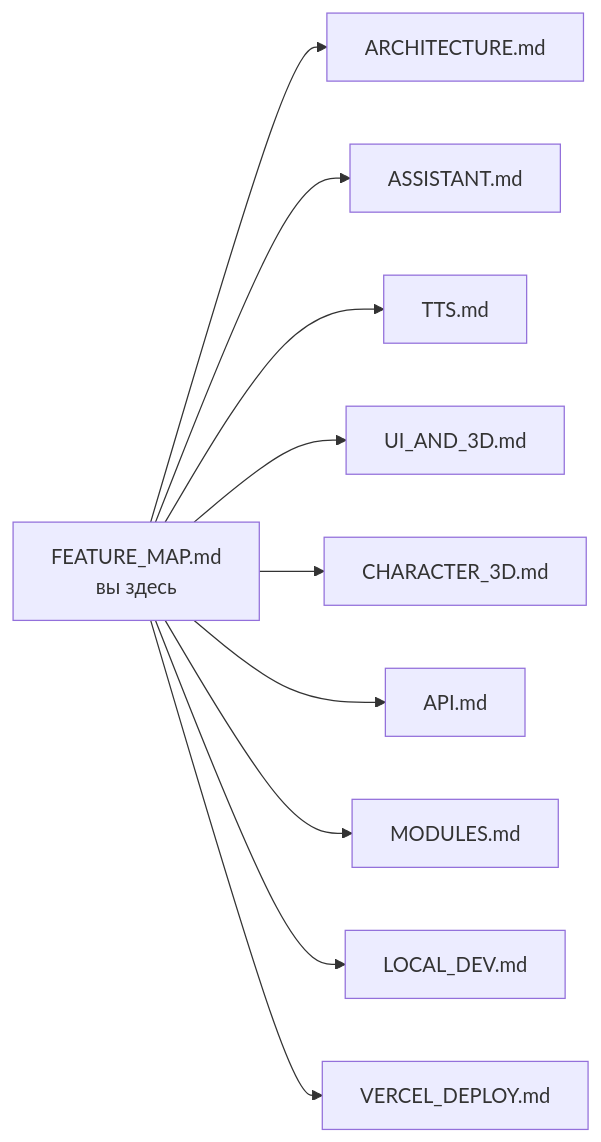
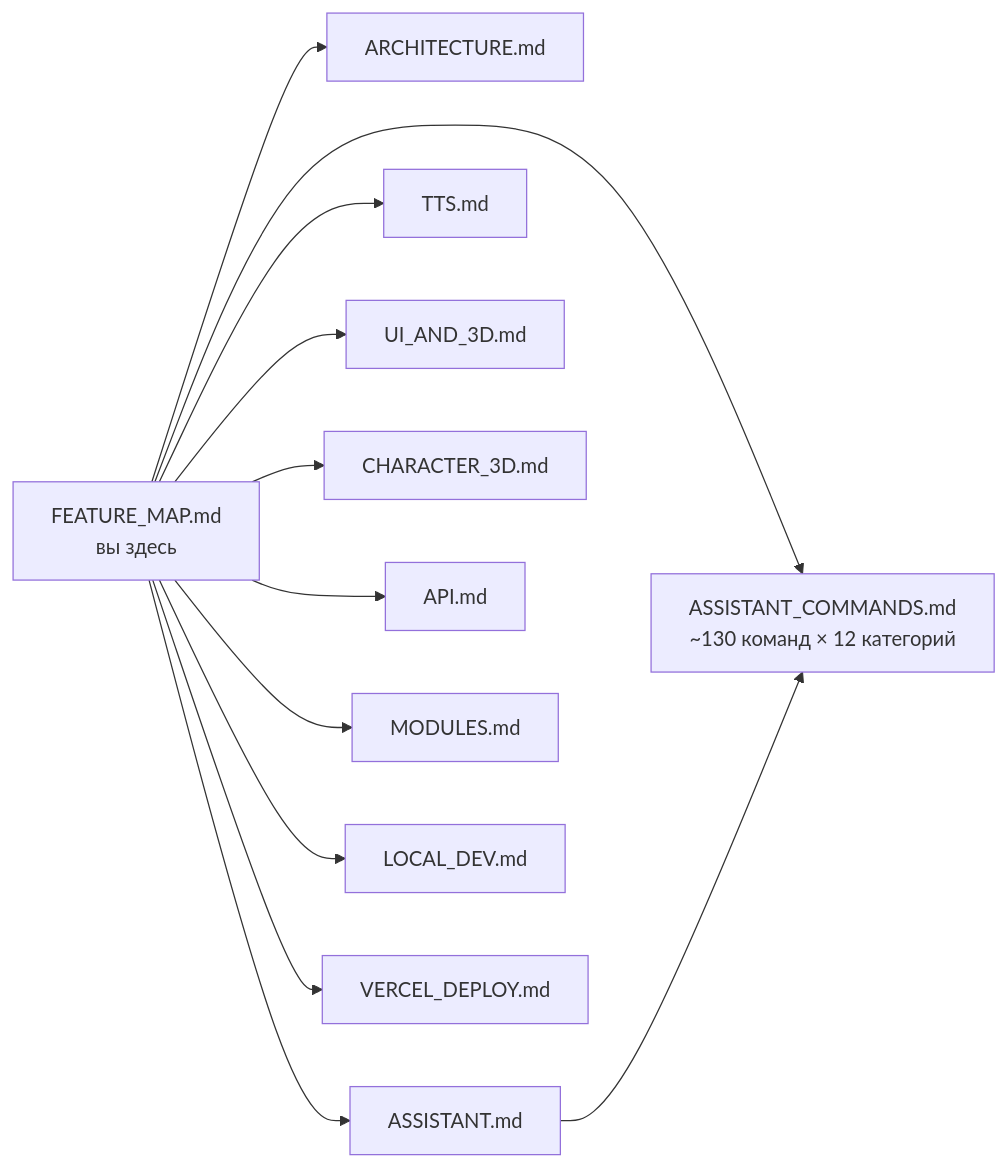
Before and after one commit to grrraaaa/mvp: diagram 12 of 13 in docs/FEATURE_MAP.md, drawn with Mermaid. The commit also changed other lines of this file and 14 other files, not shown here.

Commit message:
feat(assistant): add AI commands catalog with 12 categories and amount-range filters

````diff
--- a/docs/FEATURE_MAP.md
+++ b/docs/FEATURE_MAP.md
@@ -430,13 +432,15 @@
 ```mermaid
 flowchart LR
     FM[FEATURE_MAP.md<br/>вы здесь]
     FM --> ARCH[ARCHITECTURE.md]
     FM --> ASST[ASSISTANT.md]
+    FM --> ASST_C[ASSISTANT_COMMANDS.md<br/>~130 команд × 12 категорий]
     FM --> TTS_D[TTS.md]
     FM --> UI3D[UI_AND_3D.md]
     FM --> CHAR[CHARACTER_3D.md]
     FM --> API_D[API.md]
     FM --> MOD[MODULES.md]
     FM --> DEV[LOCAL_DEV.md]
     FM --> DEP[VERCEL_DEPLOY.md]
+    ASST --> ASST_C
 ```
````
